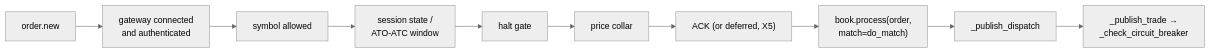
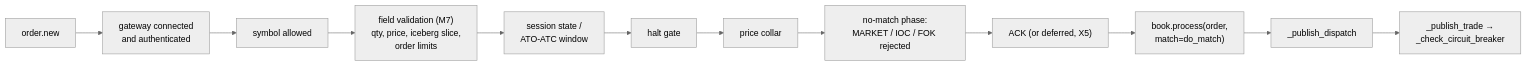
The ninth of 9 diagrams in docs/books/architecture-and-development/part-2-inside-the-engine/010-order-book-deep-dive.md (johan162/EduMatcher), drawn with Mermaid (neutral theme) before and after one commit. The commit also changed other lines of this file and 16 other files, not shown here.

Commit message:
docs(books): Brought reference- and order book  up to date to match latest code

````diff
--- a/docs/books/architecture-and-development/part-2-inside-the-engine/010-order-book-deep-dive.md
+++ b/docs/books/architecture-and-development/part-2-inside-the-engine/010-order-book-deep-dive.md
@@ -1809,12 +1934,14 @@
 ```mermaid
 flowchart LR
     IN["order.new"] --> G1["gateway connected<br/>and authenticated"]
     G1 --> G2["symbol allowed"]
-    G2 --> G3["session state /<br/>ATO-ATC window"]
+    G2 --> GV["field validation (M7)<br/>qty, price, iceberg slice,<br/>order limits"]
+    GV --> G3["session state /<br/>ATO-ATC window"]
     G3 --> G4["halt gate"]
     G4 --> G5["price collar"]
-    G5 --> ACK["ACK (or deferred, X5)"]
+    G5 --> GN["no-match phase:<br/>MARKET / IOC / FOK rejected"]
+    GN --> ACK["ACK (or deferred, X5)"]
     ACK --> PR["book.process(order,<br/>match=do_match)"]
     PR --> PD["_publish_dispatch"]
     PD --> CB["_publish_trade →<br/>_check_circuit_breaker"]
 ```
````
